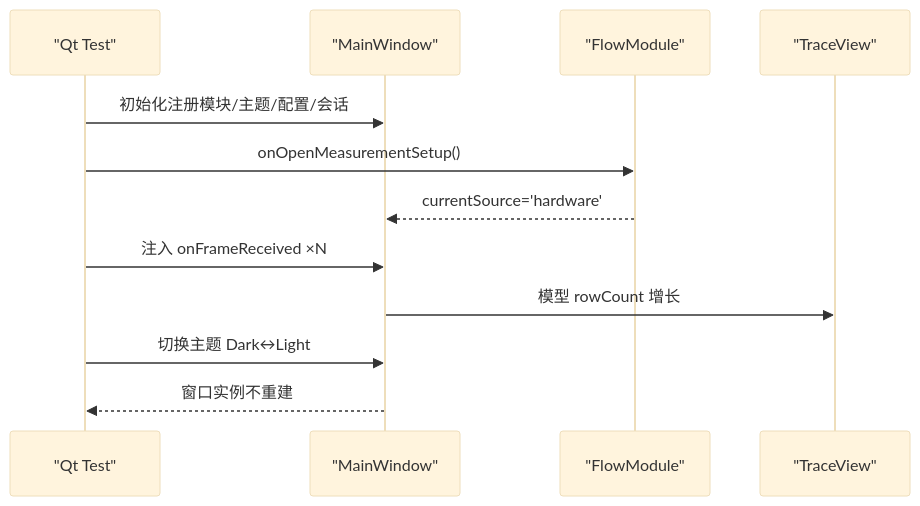
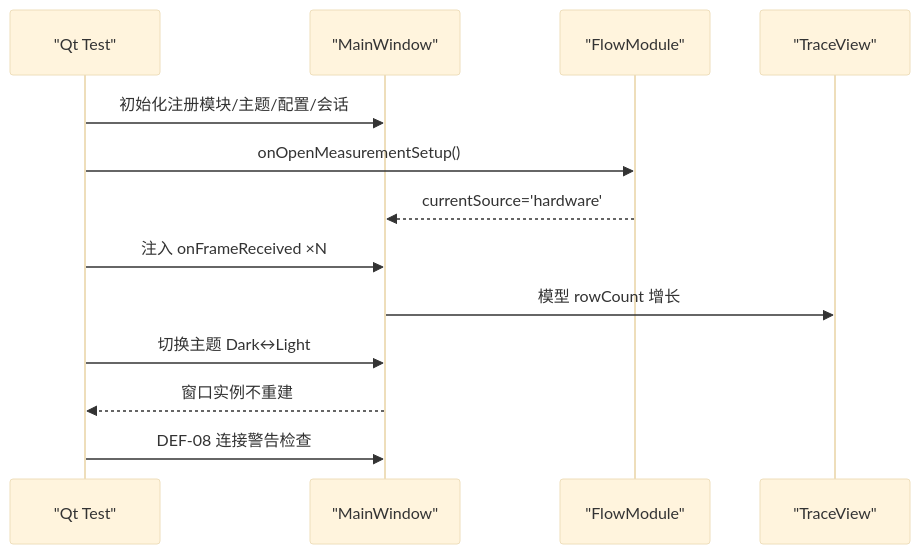
The sixth of 7 diagrams in .qoder/repowiki/zh/content/开发指南/测试策略文档.md (jakecai1225-design/OpenBus), drawn with Mermaid (base theme) before and after one commit. The commit also changed other lines of this file and 4 other files, not shown here.

````diff
--- a/.qoder/repowiki/zh/content/开发指南/测试策略文档.md
+++ b/.qoder/repowiki/zh/content/开发指南/测试策略文档.md
@@ -171,14 +191,15 @@
 ```mermaid
 sequenceDiagram
 participant T as "Qt Test"
 participant M as "MainWindow"
 participant FM as "FlowModule"
 participant TV as "TraceView"
 T->>M : 初始化注册模块/主题/配置/会话
 T->>FM : onOpenMeasurementSetup()
 FM-->>M : currentSource='hardware'
 T->>M : 注入 onFrameReceived ×N
 M->>TV : 模型 rowCount 增长
 T->>M : 切换主题 Dark↔Light
 M-->>T : 窗口实例不重建
+T->>M : DEF-08 连接警告检查
 ```
````
